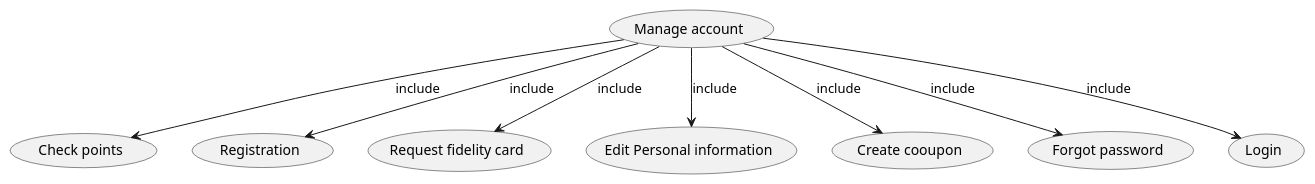
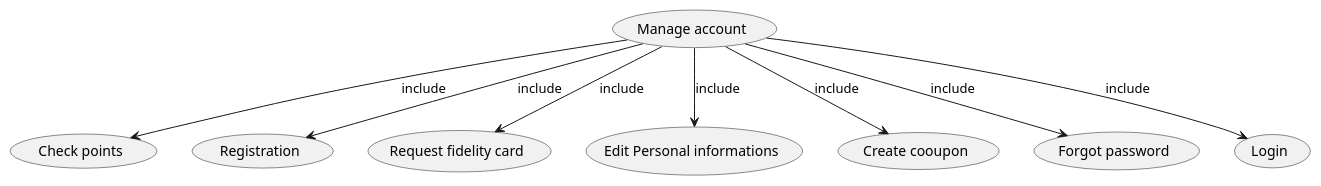
One commit to nicolabattaglino/ezshop changed the fourth of 7 diagrams in Deliverables/RequirementsDocument.md. Above: the diagram before and after it, drawn with PlantUML. The commit also changed other lines of this file and 1 other file, not shown here.

````diff
--- a/Deliverables/RequirementsDocument.md
+++ b/Deliverables/RequirementsDocument.md
@@ -264,20 +264,20 @@
 ```plantuml
 @startuml
 "Manage account" as (manageAccount)
 "Check points" as (checkPoints)
 "Registration" as (registration)
 "Request fidelity card" as (request)
-"Edit Personal information" as (edit)
+"Edit Personal informations" as (edit)
 "Create cooupon" as (coupon)
 "Forgot password" as (forgotPassword)
 "Login" as (login)
 (manageAccount)-->(checkPoints):include
 (manageAccount)-->(registration):include
 (manageAccount)-->(request):include
 (manageAccount)-->(edit):include
 (manageAccount)-->(coupon):include
 (manageAccount)-->(forgotPassword):include
 (manageAccount)-->(login):include
 @enduml
 
 ```
````
